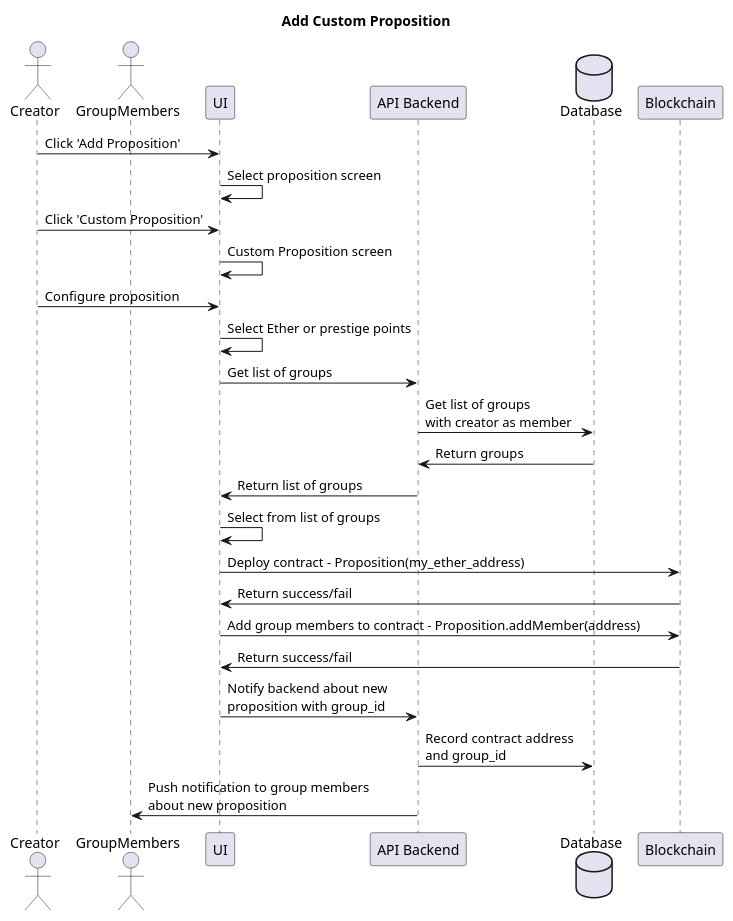
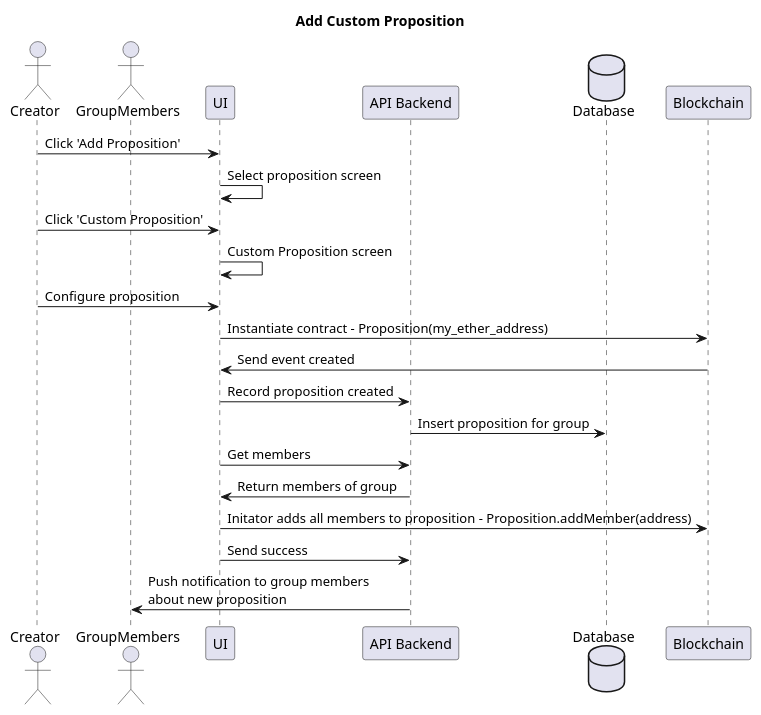
One commit to adhurjaty/prediction-app changed the diagram in Diagrams/UserStories/add_new_prop.puml. Above: the diagram before and after it, drawn with PlantUML. The commit also changed 6 other files, not shown here.

```diff
--- a/Diagrams/UserStories/add_new_prop.puml
+++ b/Diagrams/UserStories/add_new_prop.puml
@@ -1,31 +1,27 @@
 @startuml Add Custom Proposition
 
 title Add Custom Proposition
 
 actor Creator as creator
 actor GroupMembers as member
 participant UI as ui
 participant "API Backend" as api
 database Database as db
 participant Blockchain as bc
 
 creator -> ui : Click 'Add Proposition'
 ui -> ui : Select proposition screen
 creator -> ui : Click 'Custom Proposition'
 ui -> ui : Custom Proposition screen
 creator -> ui : Configure proposition
-ui -> ui: Select Ether or prestige points
-ui -> api: Get list of groups
-api -> db: Get list of groups \nwith creator as member
-db -> api: Return groups
-api -> ui: Return list of groups
-ui -> ui: Select from list of groups
-ui -> bc: Deploy contract - Proposition(my_ether_address)
-bc -> ui: Return success/fail
-ui -> bc: Add group members to contract - Proposition.addMember(address)
-bc -> ui: Return success/fail
-ui -> api: Notify backend about new \nproposition with group_id
-api -> db: Record contract address \nand group_id
+ui -> bc: Instantiate contract - Proposition(my_ether_address)
+bc -> ui : Send event created
+ui -> api : Record proposition created
+api -> db : Insert proposition for group 
+ui -> api : Get members
+api -> ui: Return members of group
+ui -> bc: Initator adds all members to proposition - Proposition.addMember(address)
+ui -> api : Send success
 api -> member: Push notification to group members \nabout new proposition
 
 @enduml
```
